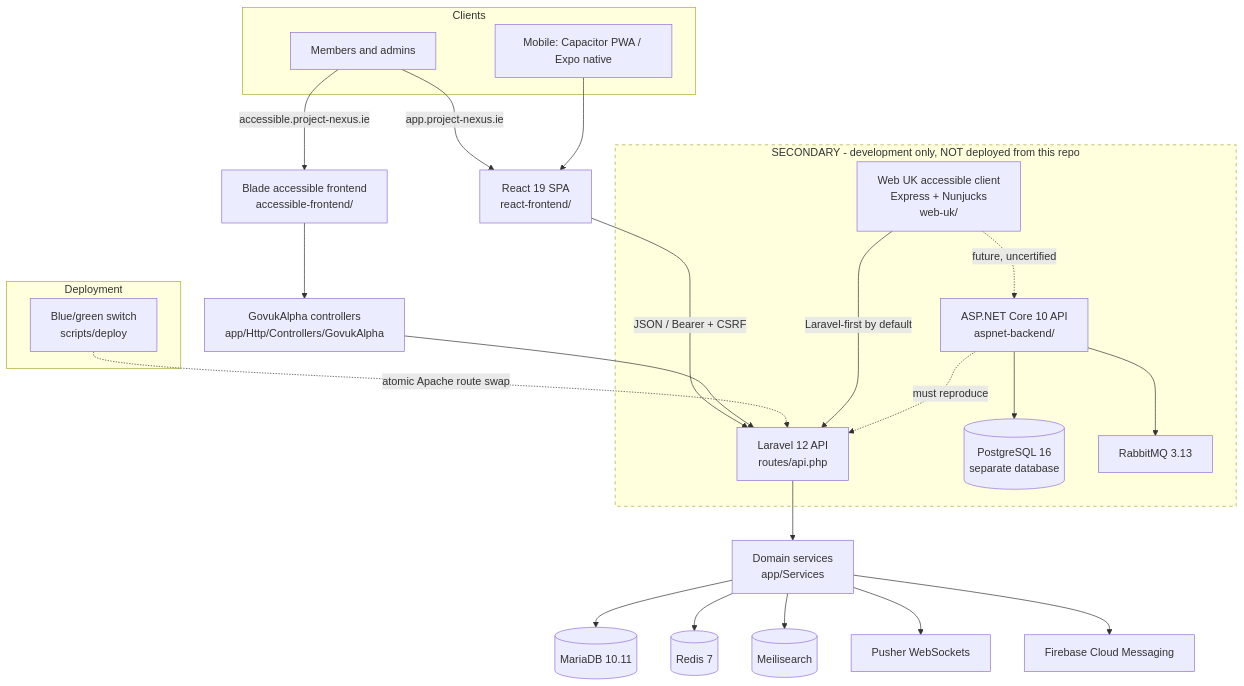
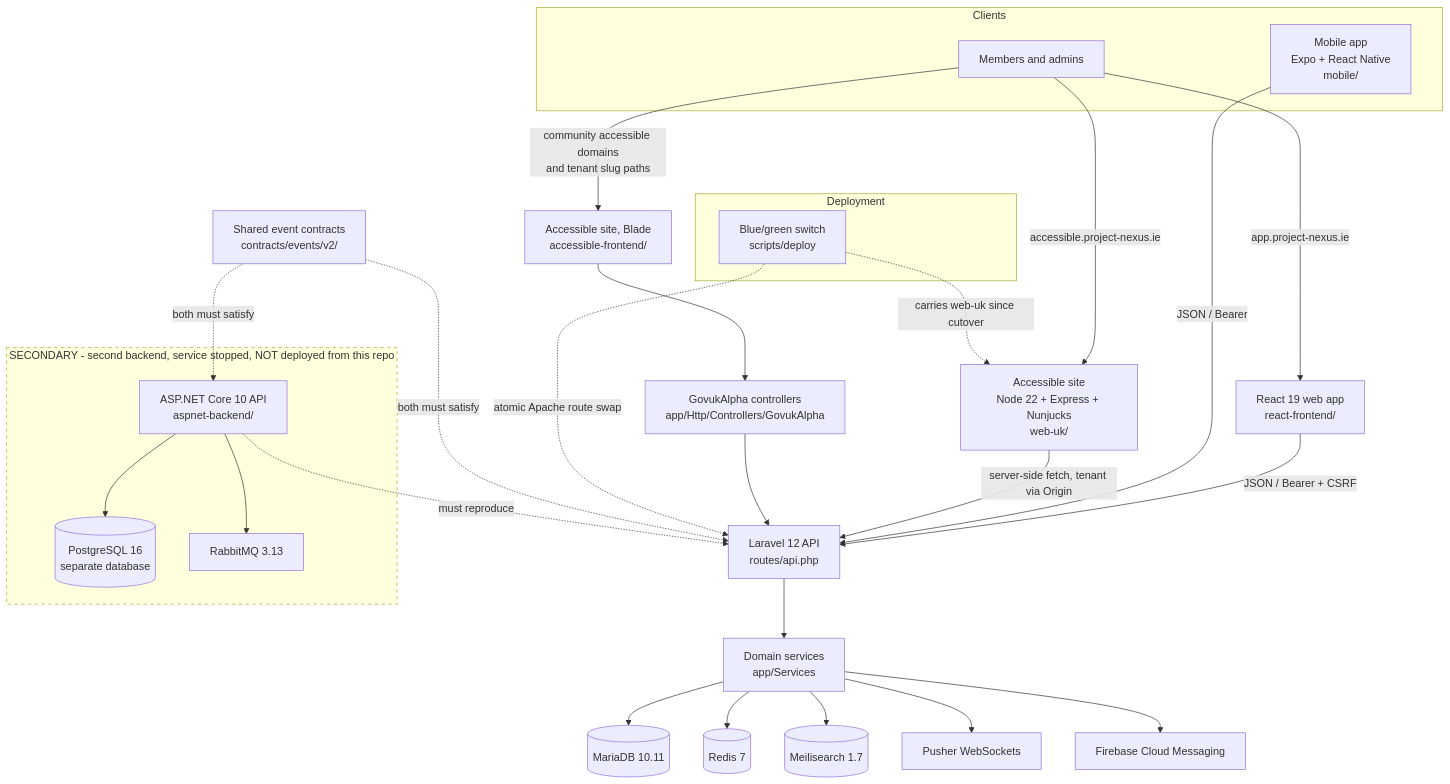
Before and after one commit to jasperfordesq-ai/Project-NEXUS: the diagram in README.md, drawn with Mermaid. The commit also changed other lines of this file and 1 other file, not shown here.

````diff
--- a/README.md
+++ b/README.md
@@ -122,42 +177,44 @@
 ```mermaid
 flowchart TD
     subgraph Clients
         U[Members and admins]
-        M[Mobile: Capacitor PWA / Expo native]
+        M[Mobile app<br/>Expo + React Native<br/>mobile/]
     end
 
-    U -->|app.project-nexus.ie| RC[React 19 SPA<br/>react-frontend/]
-    U -->|accessible.project-nexus.ie| AC[Blade accessible frontend<br/>accessible-frontend/]
-    M --> RC
+    U -->|app.project-nexus.ie| RC[React 19 web app<br/>react-frontend/]
+    U -->|accessible.project-nexus.ie| WU[Accessible site<br/>Node 22 + Express + Nunjucks<br/>web-uk/]
+    U -->|community accessible domains<br/>and tenant slug paths| AC[Accessible site, Blade<br/>accessible-frontend/]
 
     RC -->|JSON / Bearer + CSRF| API[Laravel 12 API<br/>routes/api.php]
+    M -->|JSON / Bearer| API
+    WU -->|server-side fetch, tenant via Origin| API
     AC --> GC[GovukAlpha controllers<br/>app/Http/Controllers/GovukAlpha]
     GC --> API
 
     API --> SVC[Domain services<br/>app/Services]
     SVC --> DB[(MariaDB 10.11)]
     SVC --> RED[(Redis 7)]
-    SVC --> MEI[(Meilisearch)]
+    SVC --> MEI[(Meilisearch 1.7)]
     SVC --> PUSH[Pusher WebSockets]
     SVC --> FCM[Firebase Cloud Messaging]
 
     subgraph Deployment
         BG[Blue/green switch<br/>scripts/deploy]
     end
     BG -. atomic Apache route swap .-> API
+    BG -. carries web-uk since cutover .-> WU
 
-    subgraph SEC ["SECONDARY - development only, NOT deployed from this repo"]
-        WU[Web UK accessible client<br/>Express + Nunjucks<br/>web-uk/]
+    subgraph SEC ["SECONDARY - second backend, service stopped, NOT deployed from this repo"]
         ASP[ASP.NET Core 10 API<br/>aspnet-backend/]
         PG[(PostgreSQL 16<br/>separate database)]
         MQ[RabbitMQ 3.13]
         ASP --> PG
         ASP --> MQ
-        WU -->|Laravel-first by default| API
-        WU -. future, uncertified .-> ASP
     end
 
     ASP -. must reproduce .-> API
+    CON[Shared event contracts<br/>contracts/events/v2/] -. both must satisfy .-> API
+    CON -. both must satisfy .-> ASP
 
     style SEC stroke-dasharray: 5 5
 ```
````
